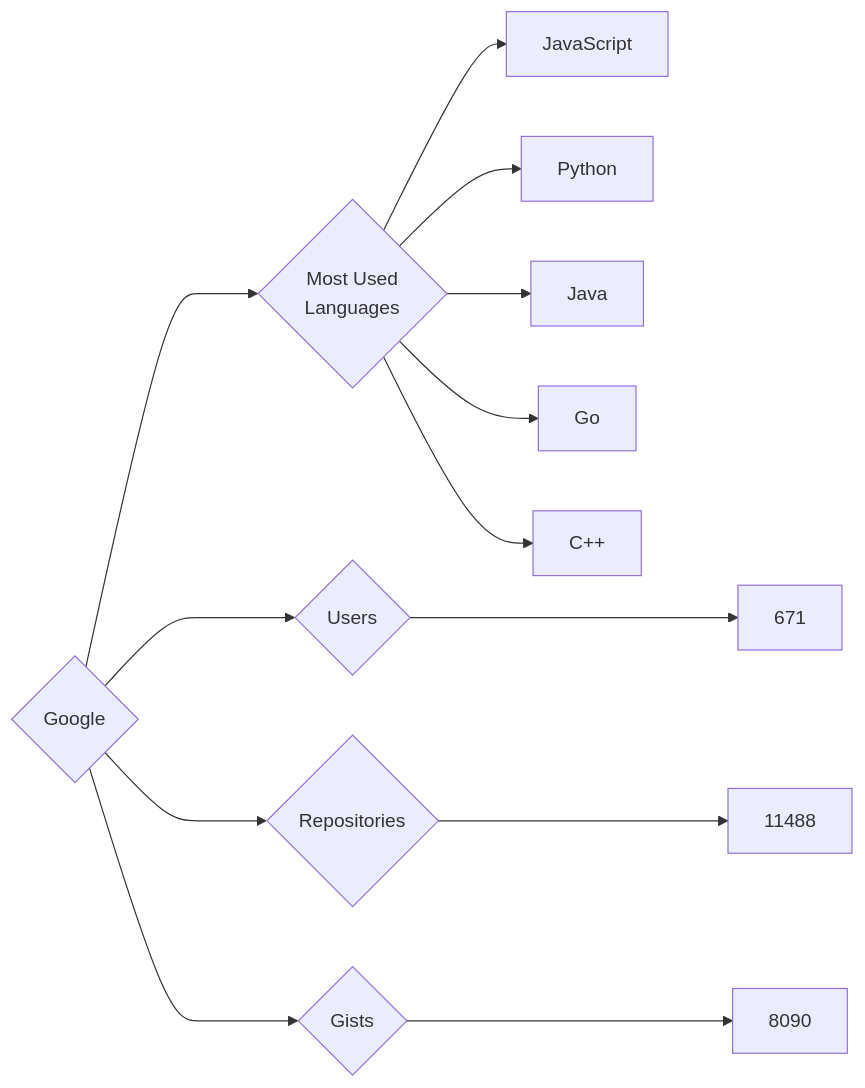
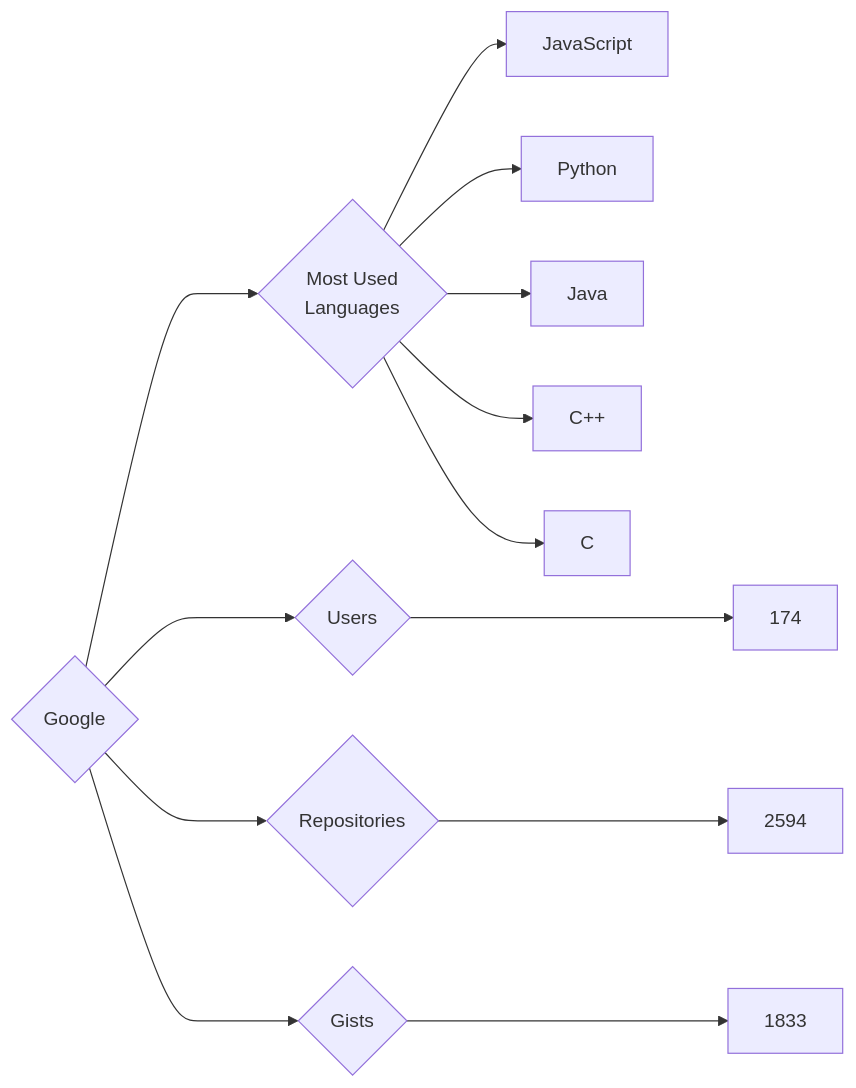
One commit to trickest/insiders changed the diagram in targets/Google/README.md. Above: the diagram before and after it, drawn with Mermaid. The commit also changed 895 other files, not shown here.

````diff
--- a/targets/Google/README.md
+++ b/targets/Google/README.md
@@ -3,13 +3,13 @@
 ```mermaid
 graph LR
 COMPANY_NAME{Google}
-COMPANY_NAME ---> U{Users} ---> UN[671]
-COMPANY_NAME ---> R{Repositories} ---> RN[11488]
-COMPANY_NAME ---> G{Gists} ---> GN[8090]
+COMPANY_NAME ---> U{Users} ---> UN[174]
+COMPANY_NAME ---> R{Repositories} ---> RN[2594]
+COMPANY_NAME ---> G{Gists} ---> GN[1833]
 COMPANY_NAME ---> ML{Most Used<br>Languages}
 ML --> JavaScript[JavaScript]
 ML --> Python[Python]
 ML --> Java[Java]
-ML --> Go[Go]
 ML --> C++[C++]
+ML --> C[C]
 ```
````
